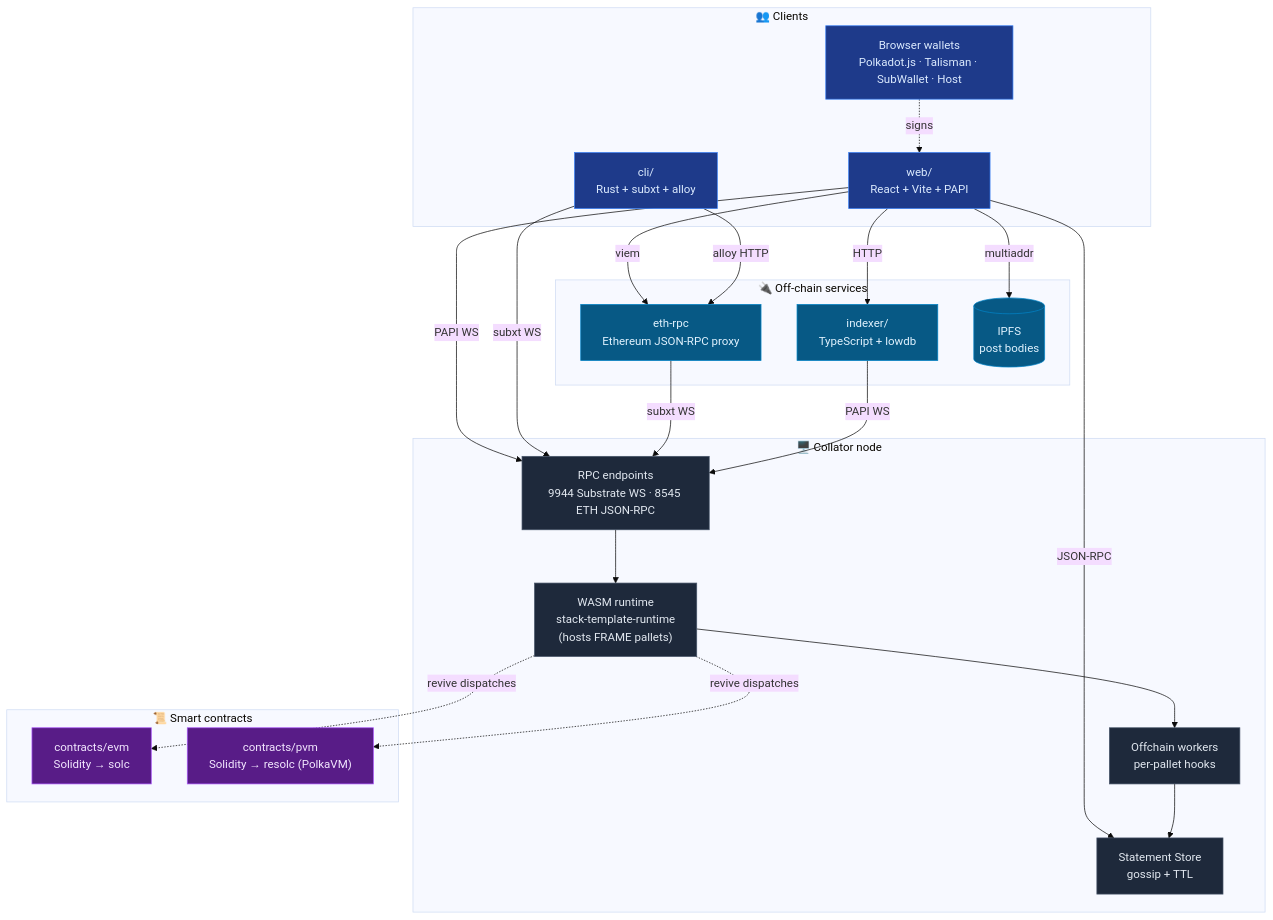
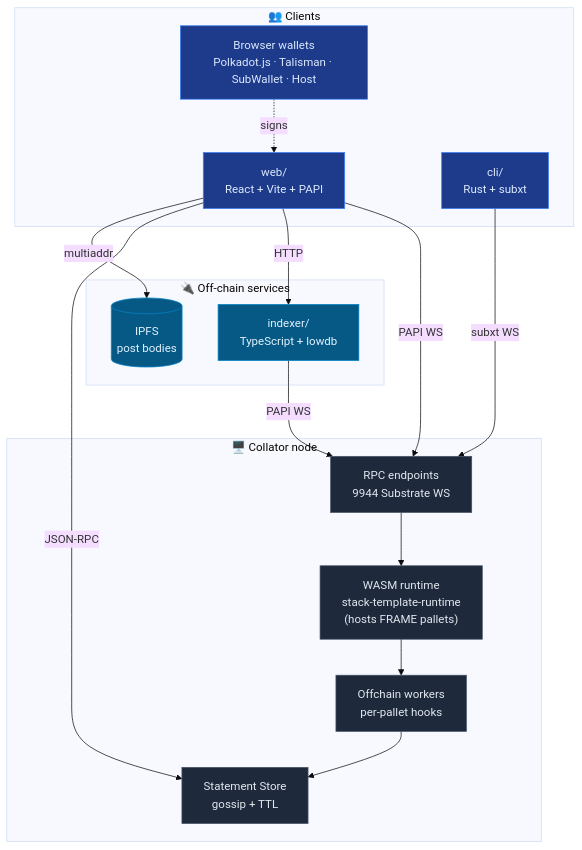
The first of 5 diagrams in docs/ARCHITECTURE_OVERVIEW.md (germankuber/socialfi-protocol), drawn with Mermaid (base theme) before and after one commit. The commit also changed other lines of this file and 71 other files, not shown here.

````diff
--- a/docs/ARCHITECTURE_OVERVIEW.md
+++ b/docs/ARCHITECTURE_OVERVIEW.md
@@ -33,54 +30,41 @@
 ```mermaid
 graph TB
     subgraph Clients["👥 Clients"]
         Web["web/<br/>React + Vite + PAPI"]
-        CLI["cli/<br/>Rust + subxt + alloy"]
+        CLI["cli/<br/>Rust + subxt"]
         Wallets["Browser wallets<br/>Polkadot.js · Talisman · SubWallet · Host"]
     end
 
     subgraph Services["🔌 Off-chain services"]
         Indexer["indexer/<br/>TypeScript + lowdb"]
-        EthRpc["eth-rpc<br/>Ethereum JSON-RPC proxy"]
         IPFS[("IPFS<br/>post bodies")]
     end
 
     subgraph Node["🖥️ Collator node"]
-        RPC["RPC endpoints<br/>9944 Substrate WS · 8545 ETH JSON-RPC"]
+        RPC["RPC endpoints<br/>9944 Substrate WS"]
         Runtime["WASM runtime<br/>stack-template-runtime<br/>(hosts FRAME pallets)"]
         OCW["Offchain workers<br/>per-pallet hooks"]
         SS["Statement Store<br/>gossip + TTL"]
     end
 
-    subgraph Contracts["📜 Smart contracts"]
-        EVM["contracts/evm<br/>Solidity → solc"]
-        PVM["contracts/pvm<br/>Solidity → resolc (PolkaVM)"]
-    end
-
     Web -->|PAPI WS| RPC
-    Web -->|viem| EthRpc
     Wallets -.signs.-> Web
     Web -->|HTTP| Indexer
     Web -->|JSON-RPC| SS
     Web -->|multiaddr| IPFS
 
     CLI -->|subxt WS| RPC
-    CLI -->|alloy HTTP| EthRpc
 
-    EthRpc -->|subxt WS| RPC
     Indexer -->|PAPI WS| RPC
 
     RPC --> Runtime
     Runtime --> OCW
     OCW --> SS
-    Runtime -.revive dispatches.-> EVM
-    Runtime -.revive dispatches.-> PVM
 
     classDef chain fill:#1e293b,color:#e2e8f0,stroke:#475569
     classDef offchain fill:#075985,color:#e0f2fe,stroke:#0284c7
     classDef client fill:#1e3a8a,color:#dbeafe,stroke:#3b82f6
-    classDef contract fill:#581c87,color:#f3e8ff,stroke:#a855f7
     class RPC,Runtime,OCW,SS chain
-    class Indexer,EthRpc,IPFS offchain
+    class Indexer,IPFS offchain
     class Web,CLI,Wallets client
-    class EVM,PVM contract
 ```
````
